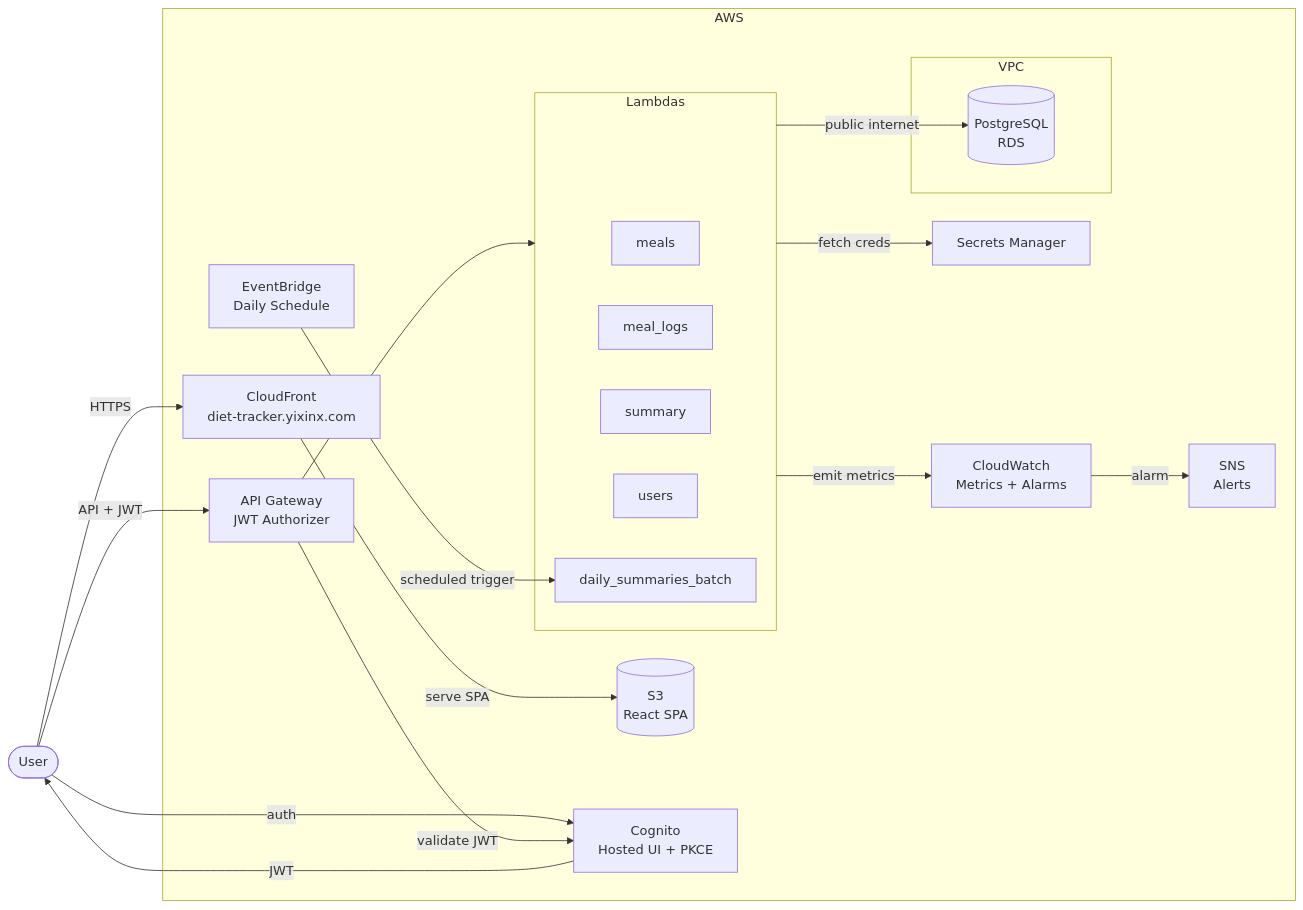
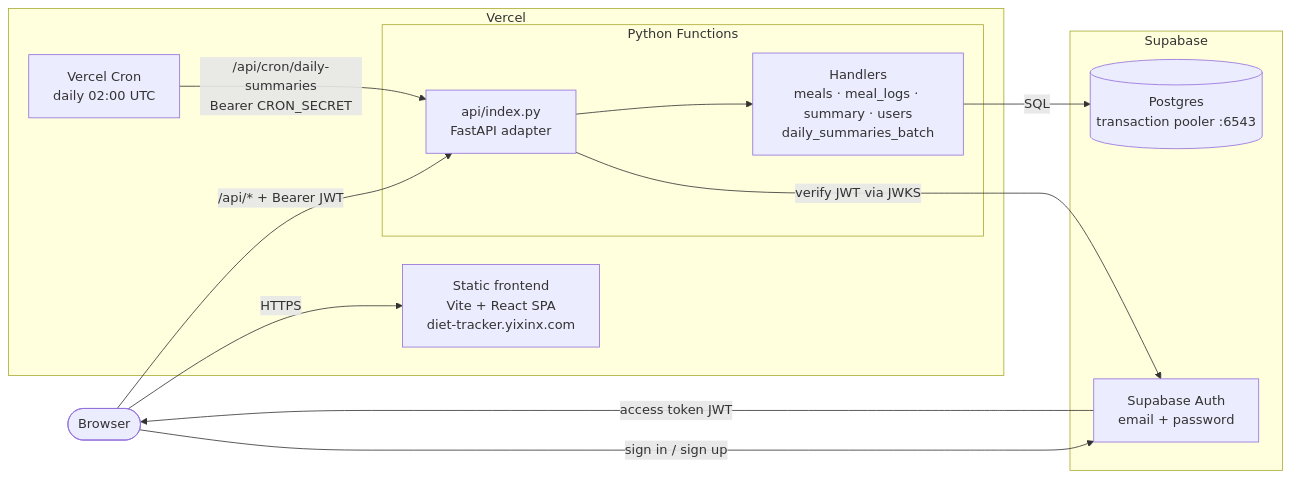
Before and after one commit to yixinxiao7/diet-tracker: the diagram in ARCHITECTURE.md, drawn with Mermaid. The commit also changed other lines of this file and 9 other files, not shown here.

First line of the commit message:
docs: document Vercel + Supabase architecture, add ADR-014

````diff
--- a/ARCHITECTURE.md
+++ b/ARCHITECTURE.md
@@ -7,40 +7,27 @@
 ```mermaid
 flowchart LR
-    User([User])
+    Browser([Browser])
 
-    subgraph AWS
-        CF[CloudFront<br>diet-tracker.yixinx.com]
-        S3[(S3<br>React SPA)]
-        Cognito[Cognito<br>Hosted UI + PKCE]
-        APIGW[API Gateway<br>JWT Authorizer]
-        SM[Secrets Manager]
-        EB[EventBridge<br>Daily Schedule]
-        CW[CloudWatch<br>Metrics + Alarms]
-        SNS[SNS<br>Alerts]
-
-        subgraph Lambdas
-            meals[meals]
-            meal_logs[meal_logs]
-            summary[summary]
-            users[users]
-            batch[daily_summaries_batch]
+    subgraph Vercel
+        Static[Static frontend<br>Vite + React SPA<br>diet-tracker.yixinx.com]
+        subgraph Functions[Python Functions]
+            Adapter[api/index.py<br>FastAPI adapter]
+            Handlers[Handlers<br>meals · meal_logs · summary · users<br>daily_summaries_batch]
         end
-
-        subgraph VPC
-            RDS[(PostgreSQL<br>RDS)]
-        end
+        Cron[Vercel Cron<br>daily 02:00 UTC]
     end
 
-    User -->|HTTPS| CF
-    CF -->|serve SPA| S3
-    User -->|auth| Cognito
-    Cognito -->|JWT| User
-    User -->|API + JWT| APIGW
-    APIGW -->|validate JWT| Cognito
-    APIGW --> Lambdas
-    Lambdas -->|fetch creds| SM
-    Lambdas -->|public internet| RDS
-    Lambdas -->|emit metrics| CW
-    EB -->|scheduled trigger| batch
-    CW -->|alarm| SNS
+    subgraph Supabase
+        Auth[Supabase Auth<br>email + password]
+        PG[(Postgres<br>transaction pooler :6543)]
+    end
+
+    Browser -->|HTTPS| Static
+    Browser -->|sign in / sign up| Auth
+    Auth -->|access token JWT| Browser
+    Browser -->|/api/* + Bearer JWT| Adapter
+    Adapter -->|verify JWT via JWKS| Auth
+    Adapter --> Handlers
+    Cron -->|/api/cron/daily-summaries<br>Bearer CRON_SECRET| Adapter
+    Handlers -->|SQL| PG
 ```
````
